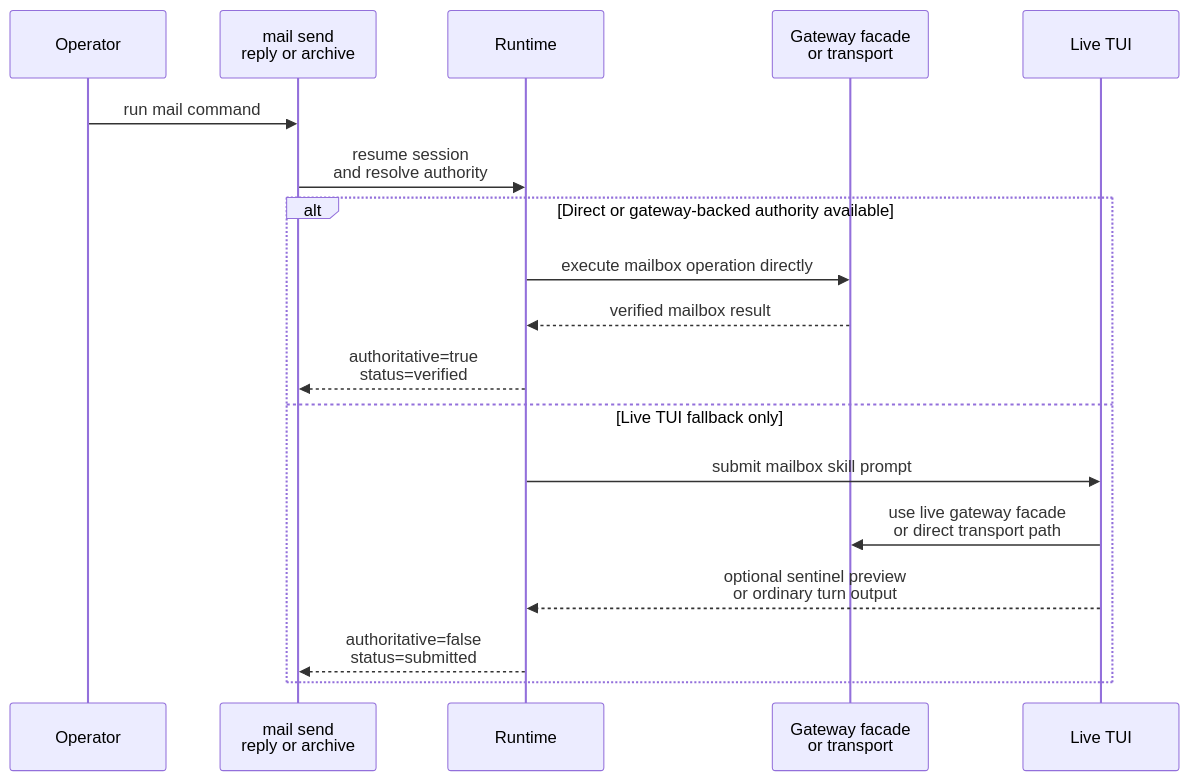
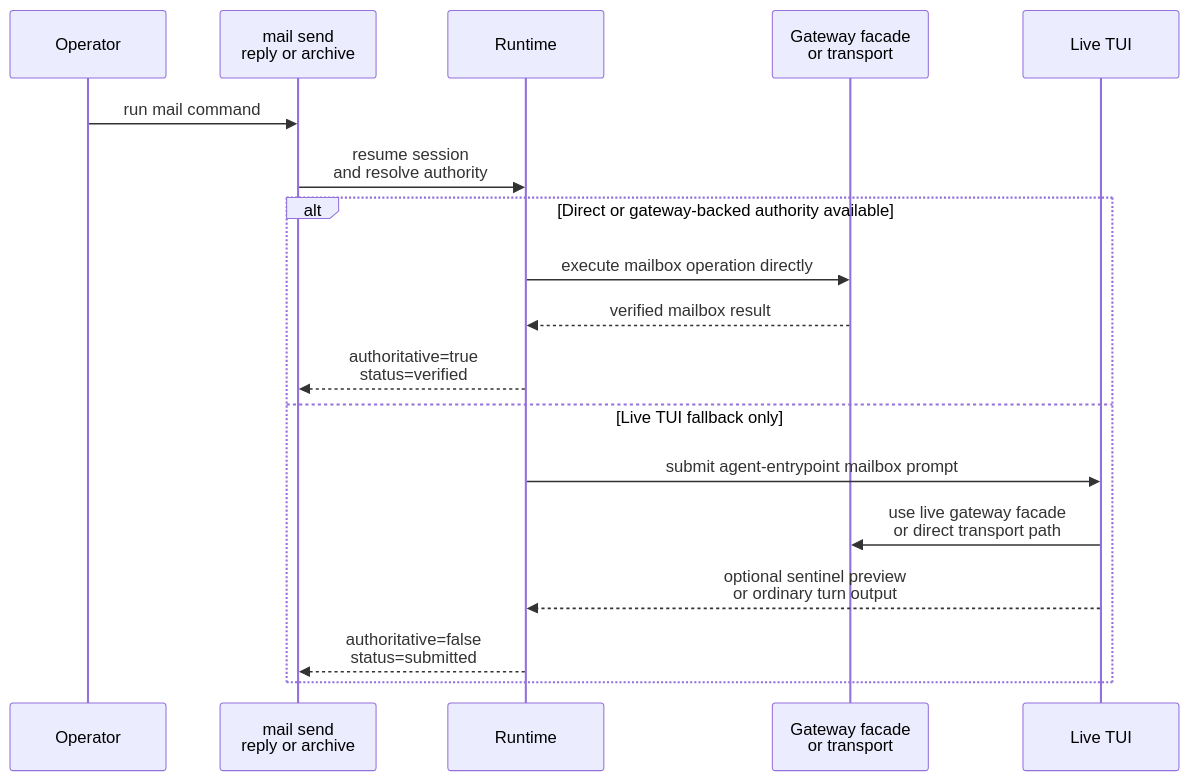
Before and after one commit to igamenovoer/houmao: the second of 2 diagrams in docs/reference/mailbox/quickstart.md, drawn with Mermaid. The commit also changed other lines of this file and 526 other files, not shown here.

````diff
--- a/docs/reference/mailbox/quickstart.md
+++ b/docs/reference/mailbox/quickstart.md
@@ -227,20 +226,20 @@
 ```mermaid
 sequenceDiagram
     participant Op as Operator
     participant CLI as mail send<br/>reply or archive
     participant RT as Runtime
     participant MB as Gateway facade<br/>or transport
     participant Ses as Live TUI
     Op->>CLI: run mail command
     CLI->>RT: resume session<br/>and resolve authority
     alt Direct or gateway-backed authority available
         RT->>MB: execute mailbox operation directly
         MB-->>RT: verified mailbox result
         RT-->>CLI: authoritative=true<br/>status=verified
     else Live TUI fallback only
-        RT->>Ses: submit mailbox skill prompt
+        RT->>Ses: submit agent-entrypoint mailbox prompt
         Ses->>MB: use live gateway facade<br/>or direct transport path
         Ses-->>RT: optional sentinel preview<br/>or ordinary turn output
         RT-->>CLI: authoritative=false<br/>status=submitted
     end
 ```
````
